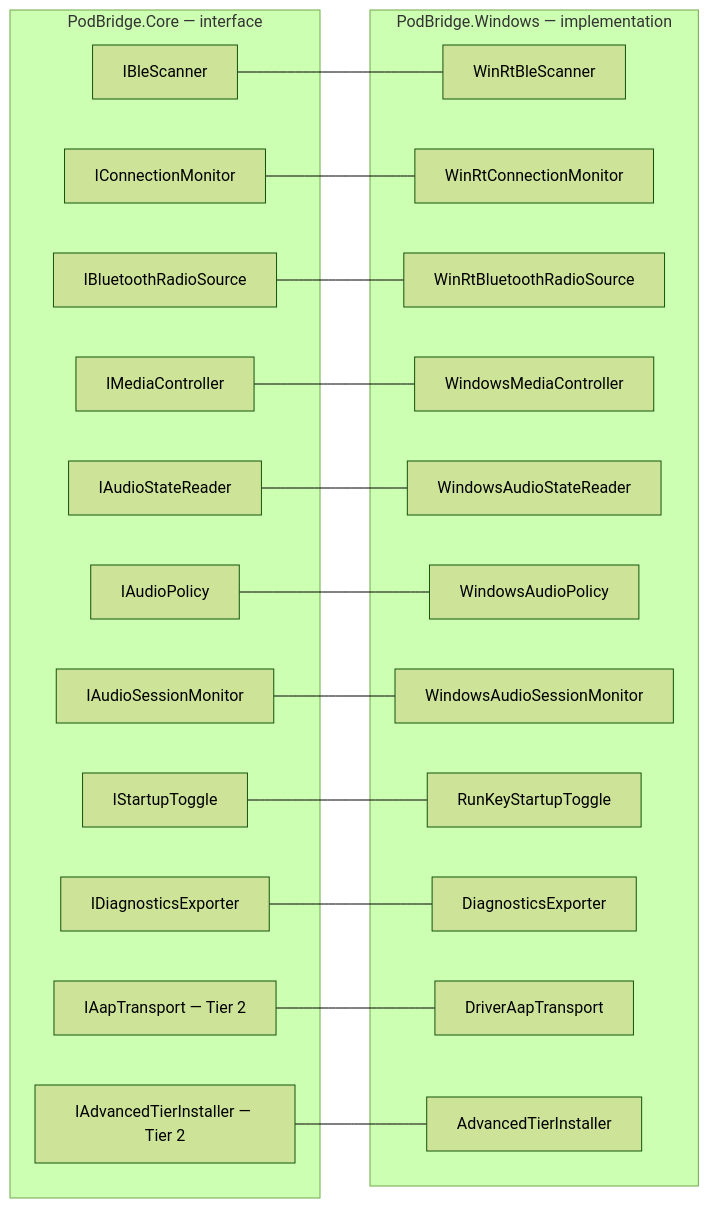
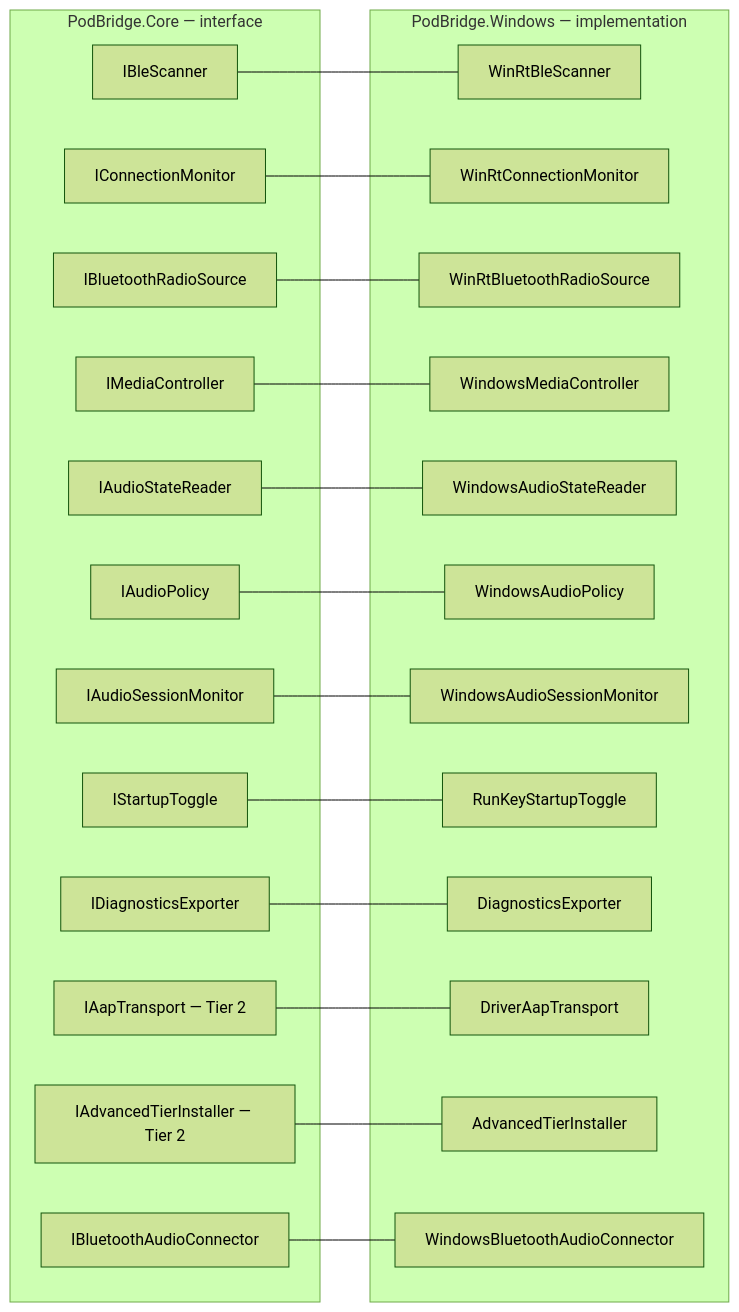
The second of 7 diagrams in docs/architecture-diagrams.md (bhemsen/PodBridge), drawn with Mermaid (forest theme) before and after one commit. The commit also changed other lines of this file and 26 other files, not shown here.

````diff
--- a/docs/architecture-diagrams.md
+++ b/docs/architecture-diagrams.md
@@ -54,40 +54,43 @@
 ```mermaid
 flowchart LR
     subgraph CoreIf["PodBridge.Core — interface"]
         I1["IBleScanner"]
         I2["IConnectionMonitor"]
         I3["IBluetoothRadioSource"]
         I4["IMediaController"]
         I5["IAudioStateReader"]
         I6["IAudioPolicy"]
         I7["IAudioSessionMonitor"]
         I8["IStartupToggle"]
         I9["IDiagnosticsExporter"]
         I10["IAapTransport — Tier 2"]
         I11["IAdvancedTierInstaller — Tier 2"]
+        I12["IBluetoothAudioConnector"]
     end
     subgraph WinImpl["PodBridge.Windows — implementation"]
         A1["WinRtBleScanner"]
         A2["WinRtConnectionMonitor"]
         A3["WinRtBluetoothRadioSource"]
         A4["WindowsMediaController"]
         A5["WindowsAudioStateReader"]
         A6["WindowsAudioPolicy"]
         A7["WindowsAudioSessionMonitor"]
         A8["RunKeyStartupToggle"]
         A9["DiagnosticsExporter"]
         A10["DriverAapTransport"]
         A11["AdvancedTierInstaller"]
+        A12["WindowsBluetoothAudioConnector"]
     end
     I1 --- A1
     I2 --- A2
     I3 --- A3
     I4 --- A4
     I5 --- A5
     I6 --- A6
     I7 --- A7
     I8 --- A8
     I9 --- A9
     I10 --- A10
     I11 --- A11
+    I12 --- A12
 ```
````
